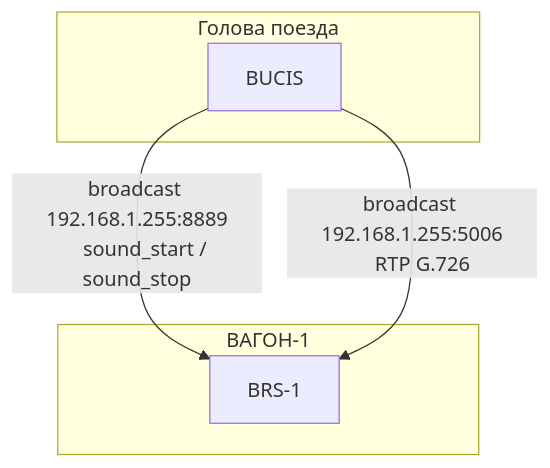
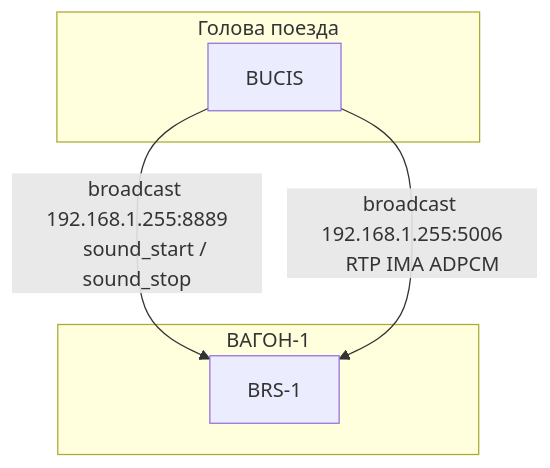
One commit to n-korel/bucis_audio changed the first of 2 diagrams in README.md. Above: the diagram before and after it, drawn with Mermaid. The commit also changed other lines of this file and 11 other files, not shown here.

````diff
--- a/README.md
+++ b/README.md
@@ -30,20 +30,20 @@
 ```mermaid
 graph TB
     subgraph Central["Голова поезда"]
         BUCIS[BUCIS]
     end
 
     subgraph Receivers1["ВАГОН-1"]
         BRS1[BRS-1]
     end
 
 
 
     BUCIS -->|"broadcast 192.168.1.255:8889
     sound_start / sound_stop"| BRS1
 
 
     BUCIS -->|"broadcast 192.168.1.255:5006
-    RTP G.726"| BRS1
+    RTP IMA ADPCM"| BRS1
 
 ```
````
